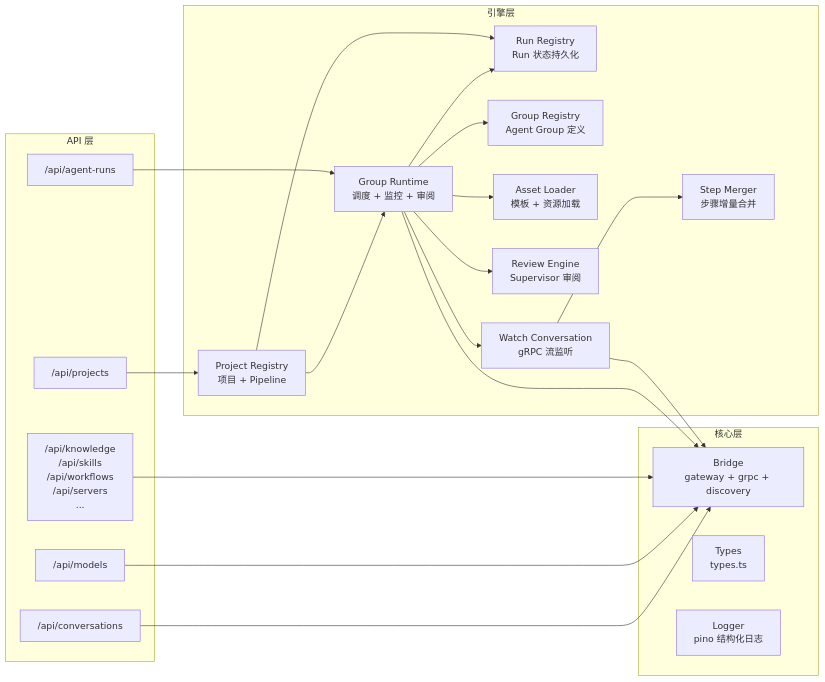
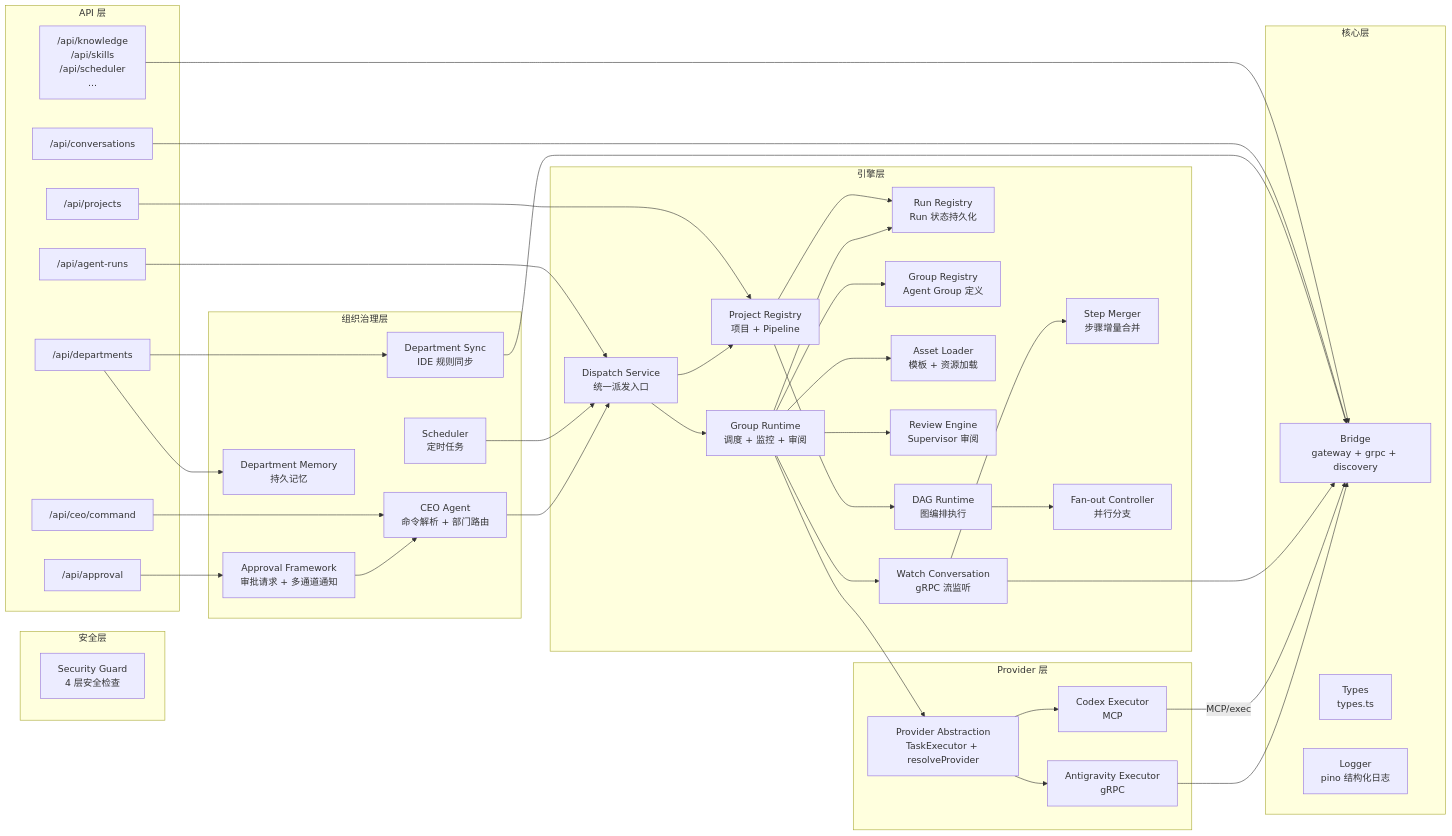
Before and after one commit to pikapikaspeedup/OPC_CEO: the second of 20 diagrams in ARCHITECTURE.md, drawn with Mermaid. The commit also changed other lines of this file and 517 other files, not shown here.

````diff
--- a/ARCHITECTURE.md
+++ b/ARCHITECTURE.md
@@ -60,36 +69,71 @@
 ```mermaid
 graph LR
     subgraph Core["核心层"]
         Bridge["Bridge<br/>gateway + grpc + discovery"]
         Types["Types<br/>types.ts"]
         Logger["Logger<br/>pino 结构化日志"]
     end
 
+    subgraph Providers["Provider 层"]
+        PAL["Provider Abstraction<br/>TaskExecutor + resolveProvider"]
+        AE["Antigravity Executor<br/>gRPC"]
+        CE["Codex Executor<br/>MCP"]
+    end
+
     subgraph Engine["引擎层"]
         GroupRuntime["Group Runtime<br/>调度 + 监控 + 审阅"]
+        DispatchService["Dispatch Service<br/>统一派发入口"]
         RunRegistry["Run Registry<br/>Run 状态持久化"]
         ProjectRegistry["Project Registry<br/>项目 + Pipeline"]
         GroupRegistry["Group Registry<br/>Agent Group 定义"]
         AssetLoader["Asset Loader<br/>模板 + 资源加载"]
         ReviewEngine["Review Engine<br/>Supervisor 审阅"]
         WatchConv["Watch Conversation<br/>gRPC 流监听"]
         StepMerger["Step Merger<br/>步骤增量合并"]
+        DagRuntime["DAG Runtime<br/>图编排执行"]
+        FanOut["Fan-out Controller<br/>并行分支"]
+    end
+
+    subgraph OPC["组织治理层"]
+        CEOAgent["CEO Agent<br/>命令解析 + 部门路由"]
+        ApprovalFW["Approval Framework<br/>审批请求 + 多通道通知"]
+        DeptSync["Department Sync<br/>IDE 规则同步"]
+        DeptMemory["Department Memory<br/>持久记忆"]
+        Scheduler["Scheduler<br/>定时任务"]
+    end
+
+    subgraph Security["安全层"]
+        SecurityGuard["Security Guard<br/>4 层安全检查"]
     end
 
     subgraph API["API 层"]
         ConvAPI["/api/conversations"]
         RunAPI["/api/agent-runs"]
         ProjAPI["/api/projects"]
-        ModelAPI["/api/models"]
-        OtherAPI["/api/knowledge<br/>/api/skills<br/>/api/workflows<br/>/api/servers<br/>..."]
+        CEOAPI["/api/ceo/command"]
+        ApprovalAPI["/api/approval"]
+        DeptAPI["/api/departments"]
+        OtherAPI["/api/knowledge<br/>/api/skills<br/>/api/scheduler<br/>..."]
     end
 
-    GroupRuntime --> RunRegistry & GroupRegistry & AssetLoader & ReviewEngine & WatchConv & Bridge
+    GroupRuntime --> PAL
+    PAL --> AE & CE
+    AE --> Bridge
+    CE -->|"MCP/exec"| Bridge
+    GroupRuntime --> RunRegistry & GroupRegistry & AssetLoader & ReviewEngine & WatchConv
+    DispatchService --> GroupRuntime & ProjectRegistry
     WatchConv --> StepMerger & Bridge
-    ProjectRegistry --> GroupRuntime & RunRegistry
+    ProjectRegistry --> DagRuntime & RunRegistry
+    DagRuntime --> FanOut
+    CEOAgent --> DispatchService
+    Scheduler --> DispatchService
+    ApprovalFW --> CEOAgent
+    DeptSync --> Bridge
     ConvAPI --> Bridge
-    RunAPI --> GroupRuntime
+    RunAPI --> DispatchService
+    CEOAPI --> CEOAgent
+    ApprovalAPI --> ApprovalFW
+    DeptAPI --> DeptSync & DeptMemory
     ProjAPI --> ProjectRegistry
-    ModelAPI --> Bridge
     OtherAPI --> Bridge
 ```
````
